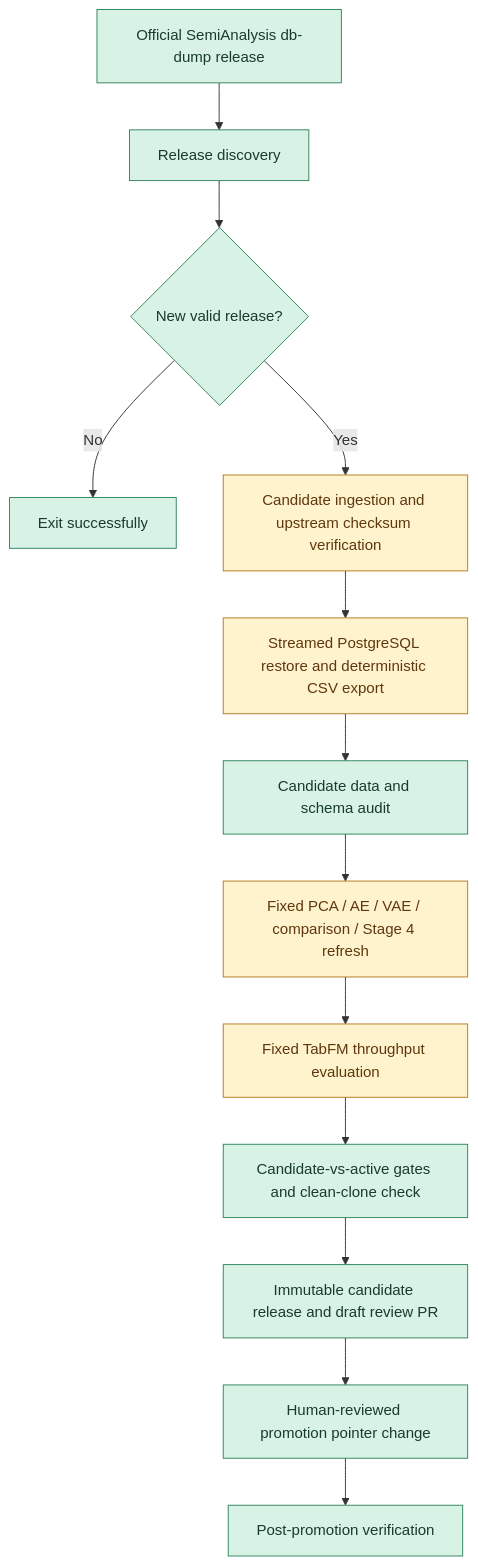
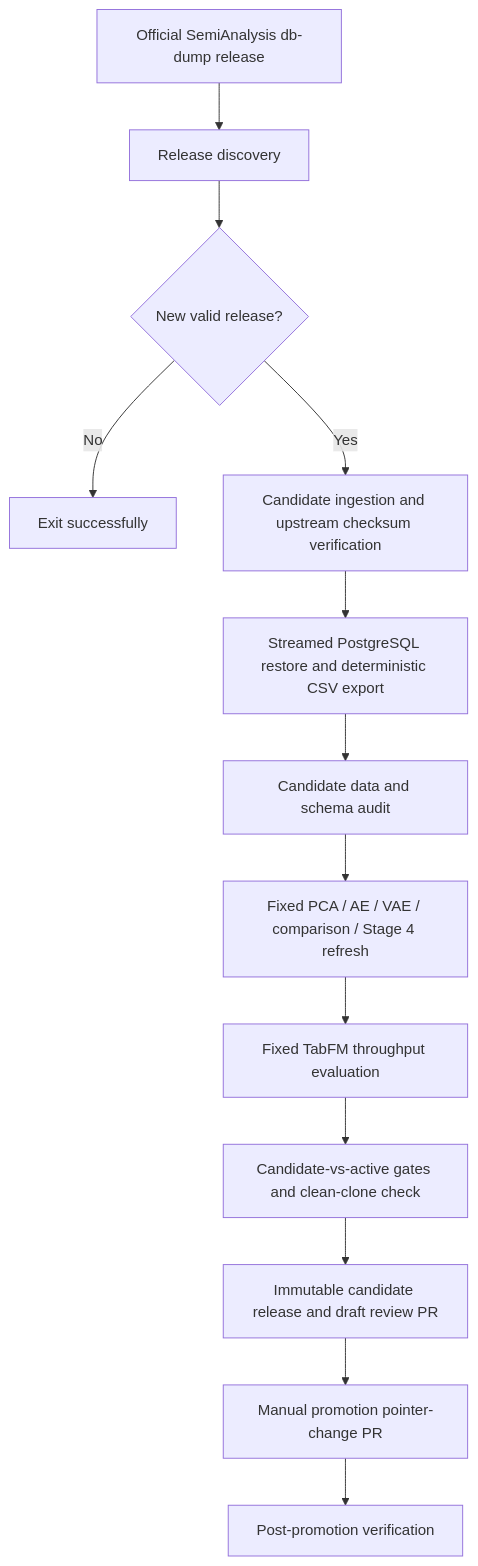
One commit to MQubeAI/InferenceX-PCA-demo changed the second of 2 diagrams in README.md. Above: the diagram before and after it, drawn with Mermaid. The commit also changed other lines of this file, not shown here.

````diff
--- a/README.md
+++ b/README.md
@@ -60,20 +64,15 @@
 ```mermaid
 flowchart TD
     A[Official SemiAnalysis db-dump release] --> B[Release discovery]
     B --> C{New valid release?}
     C -->|No| D[Exit successfully]
     C -->|Yes| E[Candidate ingestion and upstream checksum verification]
     E --> F[Streamed PostgreSQL restore and deterministic CSV export]
     F --> G[Candidate data and schema audit]
     G --> H[Fixed PCA / AE / VAE / comparison / Stage 4 refresh]
     H --> I[Fixed TabFM throughput evaluation]
     I --> J[Candidate-vs-active gates and clean-clone check]
     J --> K[Immutable candidate release and draft review PR]
-    K --> L[Human-reviewed promotion pointer change]
+    K --> L[Manual promotion pointer-change PR]
     L --> M[Post-promotion verification]
-
-    classDef implemented fill:#d9f2e6,stroke:#2f855a,color:#173b2c;
-    classDef pending fill:#fff3cd,stroke:#b7791f,color:#5f370e;
-    class A,B,C,D,G,J,K,L,M implemented;
-    class E,F,H,I pending;
 ```
````
